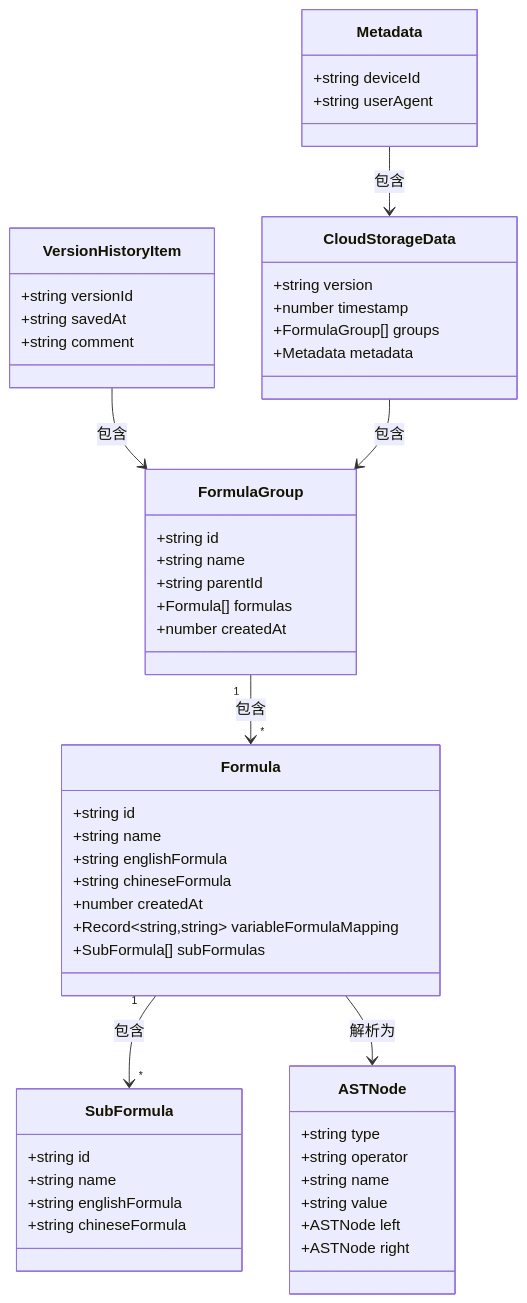
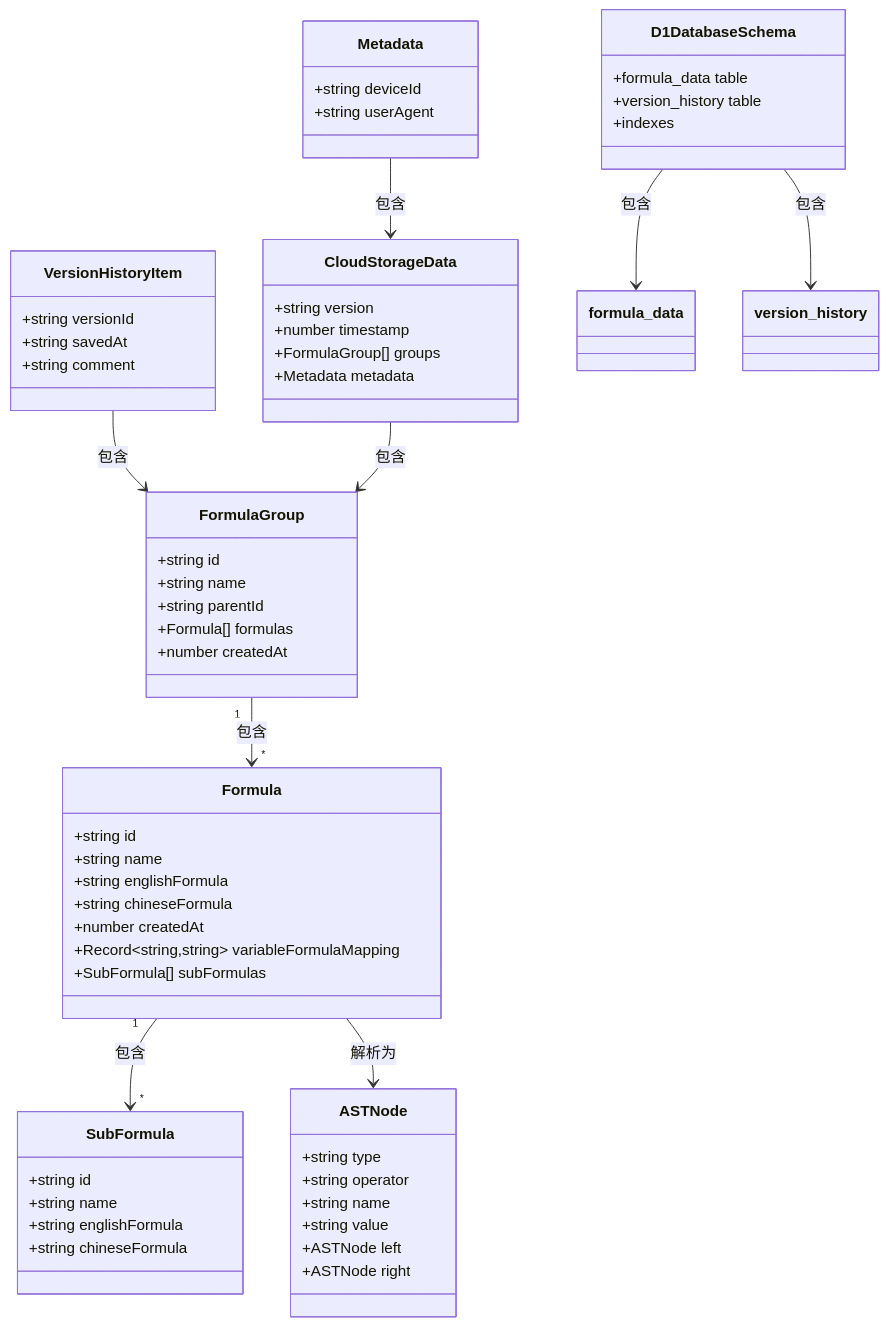
Before and after one commit to steveyu2/formula-mapper: the second of 14 diagrams in .qoder/repowiki/zh/content/用户指南/数据管理/云存储系统.md, drawn with Mermaid. The commit also changed other lines of this file and 5 other files, not shown here.

````diff
--- a/.qoder/repowiki/zh/content/用户指南/数据管理/云存储系统.md
+++ b/.qoder/repowiki/zh/content/用户指南/数据管理/云存储系统.md
@@ -150,54 +153,61 @@
 ```mermaid
 classDiagram
 class FormulaGroup {
 +string id
 +string name
 +string parentId
 +Formula[] formulas
 +number createdAt
 }
 class Formula {
 +string id
 +string name
 +string englishFormula
 +string chineseFormula
 +number createdAt
 +Record~string,string~ variableFormulaMapping
 +SubFormula[] subFormulas
 }
 class SubFormula {
 +string id
 +string name
 +string englishFormula
 +string chineseFormula
 }
 class ASTNode {
 +string type
 +string operator
 +string name
 +string value
 +ASTNode left
 +ASTNode right
 }
 class VersionHistoryItem {
 +string versionId
 +string savedAt
 +string comment
 }
 class CloudStorageData {
 +string version
 +number timestamp
 +FormulaGroup[] groups
 +Metadata metadata
 }
 class Metadata {
 +string deviceId
 +string userAgent
 }
+class D1DatabaseSchema {
++formula_data table
++version_history table
++indexes
+}
 FormulaGroup "1" --> "*" Formula : 包含
 Formula "1" --> "*" SubFormula : 包含
 Formula --> ASTNode : 解析为
 VersionHistoryItem --> FormulaGroup : 包含
 CloudStorageData --> FormulaGroup : 包含
 Metadata --> CloudStorageData : 包含
+D1DatabaseSchema --> formula_data : 包含
+D1DatabaseSchema --> version_history : 包含
 ```
````
